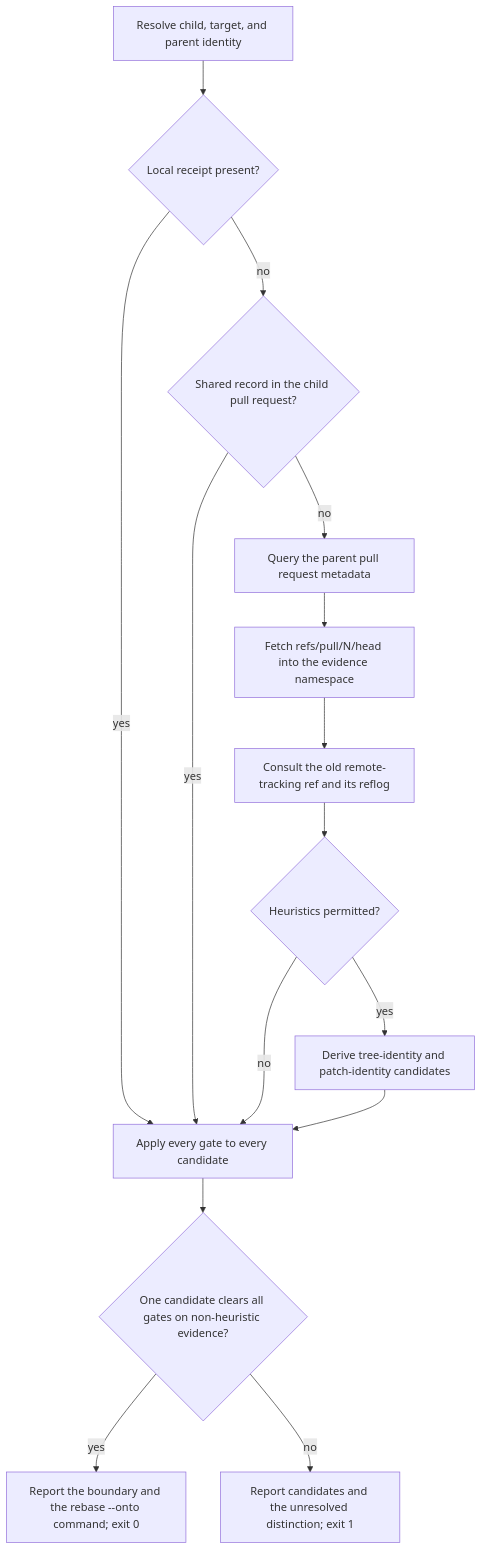
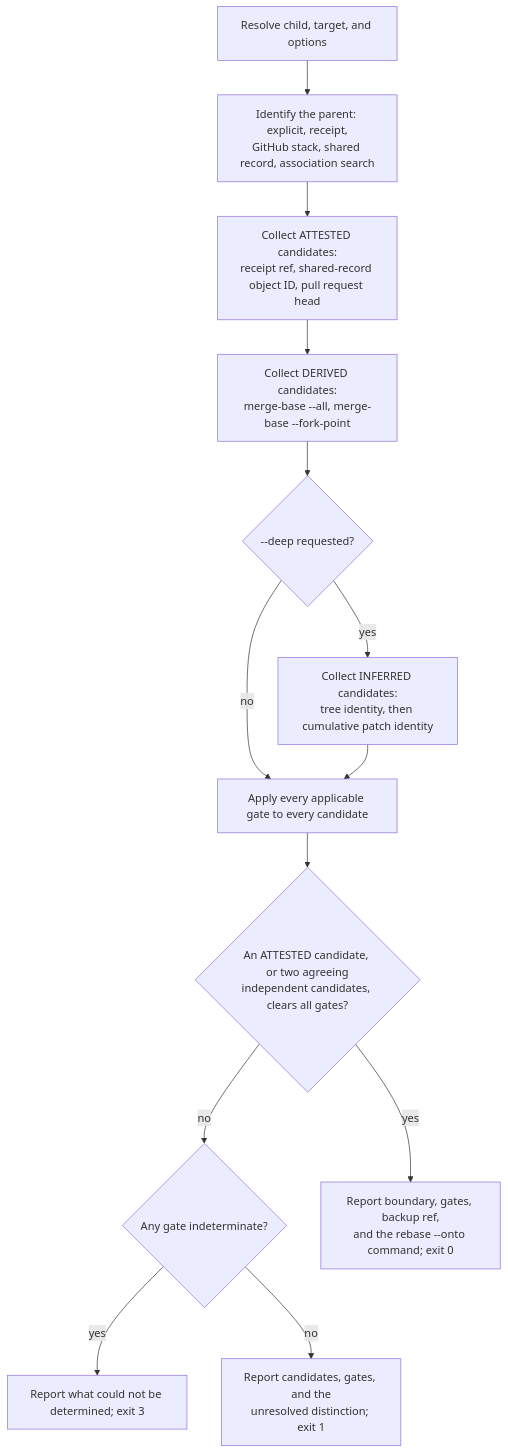
Before and after one commit to leynos/git-donkey: the diagram in docs/execplans/git-wheresat-sub-command.md, drawn with Mermaid. The commit also changed other lines of this file, not shown here.

First line of the commit message:
Revise the git wheresat plan after expert design review

````diff
--- a/docs/execplans/git-wheresat-sub-command.md
+++ b/docs/execplans/git-wheresat-sub-command.md
@@ -682,30 +1140,28 @@
 ```mermaid
 flowchart TD
-    resolve["Resolve child, target, and parent identity"]
-    receipt{"Local receipt present?"}
-    shared{"Shared record in the child pull request?"}
-    pr["Query the parent pull request metadata"]
-    fetchhead["Fetch refs/pull/N/head into the evidence namespace"]
-    forkpoint["Consult the old remote-tracking ref and its reflog"]
-    heur{"Heuristics permitted?"}
-    patch["Derive tree-identity and patch-identity candidates"]
-    gates["Apply every gate to every candidate"]
-    verdict{"One candidate clears all gates on non-heuristic evidence?"}
-    ok["Report the boundary and the rebase --onto command; exit 0"]
-    stop["Report candidates and the unresolved distinction; exit 1"]
+    resolve["Resolve child, target, and options"]
+    ident["Identify the parent: explicit, receipt,<br/>GitHub stack, shared record, association search"]
+    attested["Collect ATTESTED candidates:<br/>receipt ref, shared-record object ID, pull request head"]
+    derived["Collect DERIVED candidates:<br/>merge-base --all, merge-base --fork-point"]
+    deep{"--deep requested?"}
+    inferred["Collect INFERRED candidates:<br/>tree identity, then cumulative patch identity"]
+    gates["Apply every applicable gate to every candidate"]
+    tier{"An ATTESTED candidate, or two agreeing<br/>independent candidates, clears all gates?"}
+    indet{"Any gate indeterminate?"}
+    ok["Report boundary, gates, backup ref,<br/>and the rebase --onto command; exit 0"]
+    stop["Report candidates, gates, and the<br/>unresolved distinction; exit 1"]
+    unknown["Report what could not be determined; exit 3"]
 
-    resolve --> receipt
-    receipt -- yes --> gates
-    receipt -- no --> shared
-    shared -- yes --> gates
-    shared -- no --> pr
-    pr --> fetchhead
-    fetchhead --> forkpoint
-    forkpoint --> heur
-    heur -- yes --> patch
-    heur -- no --> gates
-    patch --> gates
-    gates --> verdict
-    verdict -- yes --> ok
-    verdict -- no --> stop
+    resolve --> ident
+    ident --> attested
+    attested --> derived
+    derived --> deep
+    deep -- yes --> inferred
+    deep -- no --> gates
+    inferred --> gates
+    gates --> tier
+    tier -- yes --> ok
+    tier -- no --> indet
+    indet -- yes --> unknown
+    indet -- no --> stop
 ```
````
